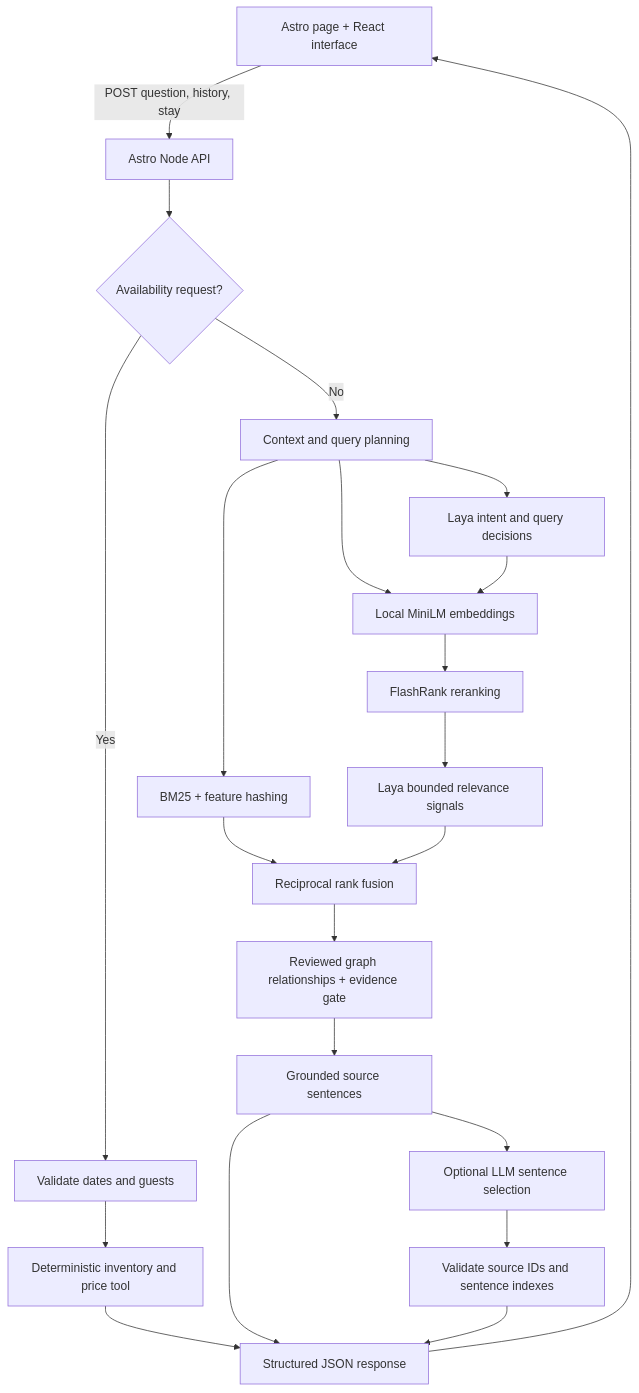
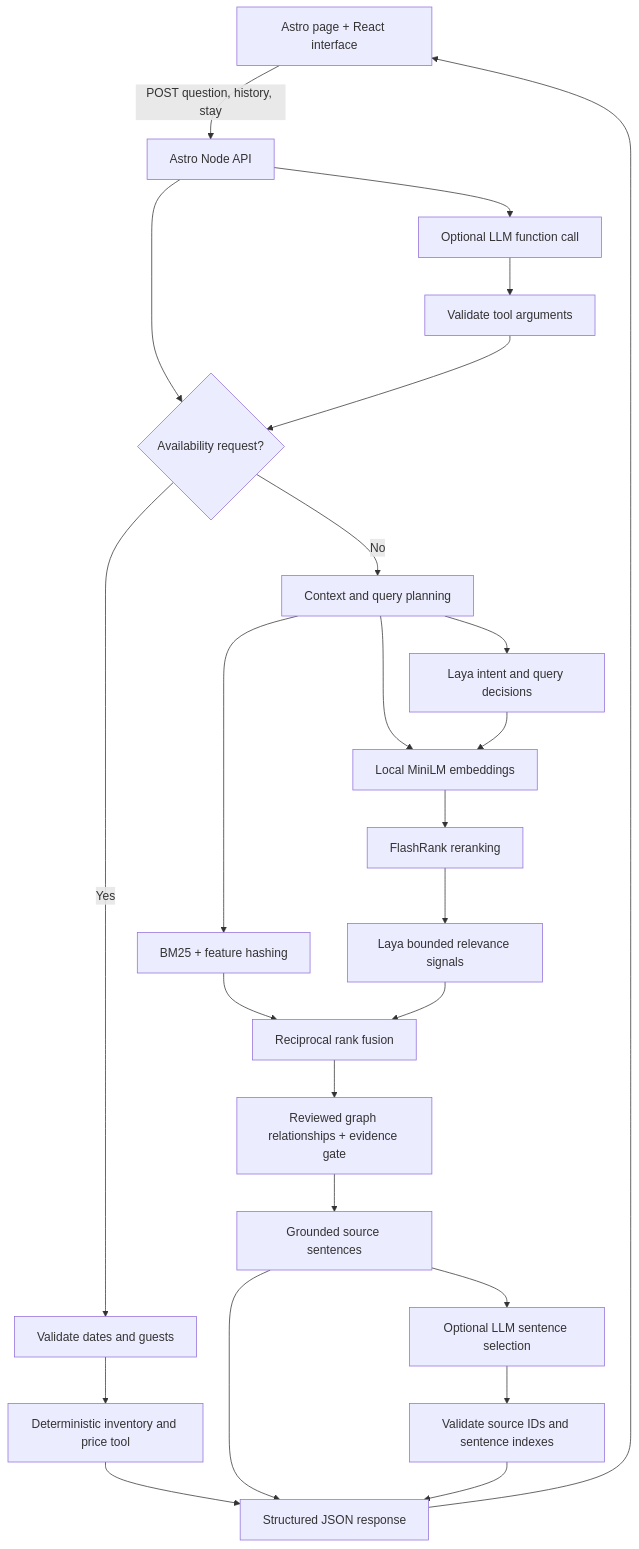
One commit to Itachi-1824/simplotel-guest-concierge changed the diagram in docs/architecture.md. Above: the diagram before and after it, drawn with Mermaid. The commit also changed other lines of this file and 83 other files, not shown here.

````diff
--- a/docs/architecture.md
+++ b/docs/architecture.md
@@ -3,24 +3,27 @@
 ```mermaid
 flowchart TD
   A[Astro page + React interface] -->|POST question, history, stay| B[Astro Node API]
   B --> C{Availability request?}
+  B --> R[Optional LLM function call]
+  R --> S[Validate tool arguments]
+  S --> C
   C -->|Yes| D[Validate dates and guests]
   D --> E[Deterministic inventory and price tool]
   C -->|No| F[Context and query planning]
   F --> G[BM25 + feature hashing]
   F --> H[Local MiniLM embeddings]
   H --> I[FlashRank reranking]
   F --> J[Laya intent and query decisions]
   I --> K[Laya bounded relevance signals]
   G --> L[Reciprocal rank fusion]
   K --> L
   J --> H
   L --> M[Reviewed graph relationships + evidence gate]
   M --> N[Grounded source sentences]
   N --> O[Optional LLM sentence selection]
   O --> P[Validate source IDs and sentence indexes]
   E --> Q[Structured JSON response]
   N --> Q
   P --> Q
   Q --> A
 ```
````
